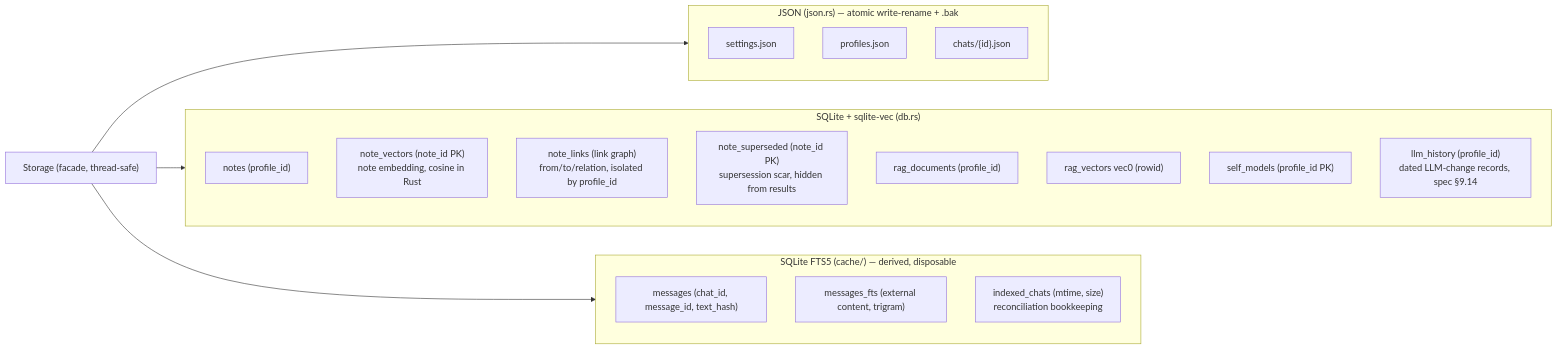
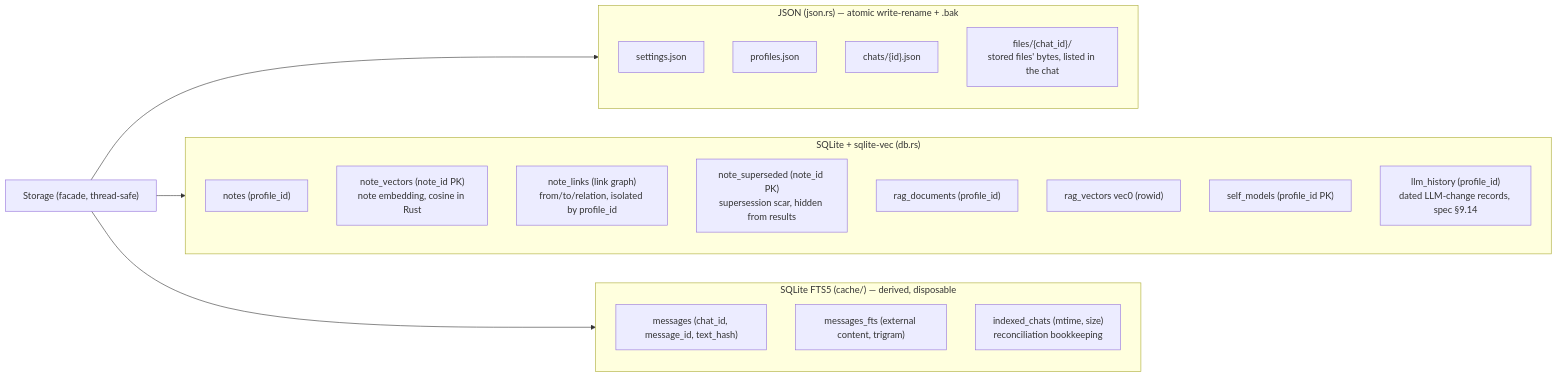
The ninth of 17 diagrams in docs/architecture.md (vshylov/mindfork-rs), drawn with Mermaid before and after one commit. The commit also changed other lines of this file and 6 other files, not shown here.

First line of the commit message:
docs(tools): spec, ADR 0005, architecture, journal — files out of the sandbox

````diff
--- a/docs/architecture.md
+++ b/docs/architecture.md
@@ -1642,27 +1650,28 @@
 ```mermaid
 flowchart LR
     STORE["Storage (facade, thread-safe)"]
     subgraph JSON["JSON (json.rs) — atomic write-rename + .bak"]
         SET["settings.json"]
         PRO["profiles.json"]
         CHATS["chats/{id}.json"]
+        FILES["files/{chat_id}/<br/>stored files' bytes, listed in the chat"]
     end
     subgraph DB["SQLite + sqlite-vec (db.rs)"]
         NOTES["notes (profile_id)"]
         NV["note_vectors (note_id PK)<br/>note embedding, cosine in Rust"]
         NL["note_links (link graph)<br/>from/to/relation, isolated by profile_id"]
         NSUP["note_superseded (note_id PK)<br/>supersession scar, hidden from results"]
         RAGD["rag_documents (profile_id)"]
         VEC["rag_vectors vec0 (rowid)"]
         SELF["self_models (profile_id PK)"]
         LLMH["llm_history (profile_id)<br/>dated LLM-change records, spec §9.14"]
     end
     subgraph CACHE["SQLite FTS5 (cache/) — derived, disposable"]
         MSG["messages (chat_id, message_id, text_hash)"]
         FTS["messages_fts (external content, trigram)"]
         IC["indexed_chats (mtime, size)<br/>reconciliation bookkeeping"]
     end
     STORE --> JSON
     STORE --> DB
     STORE --> CACHE
 ```
````
